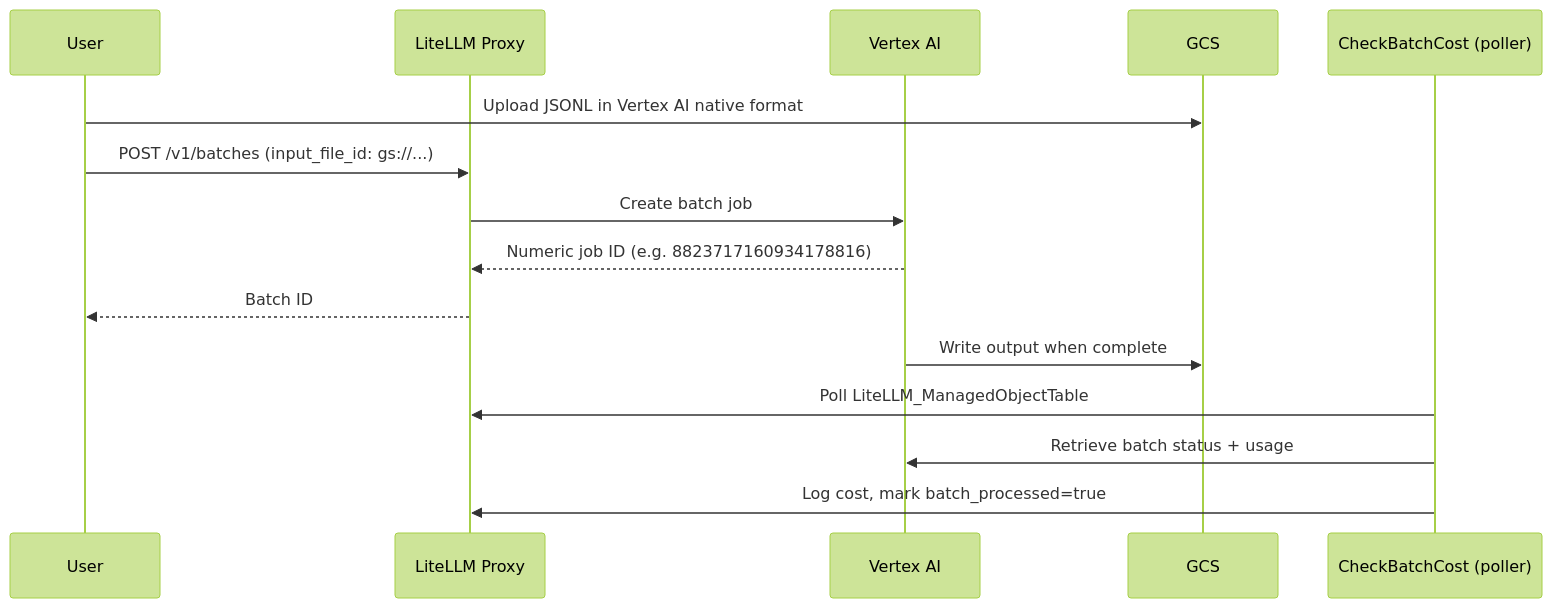
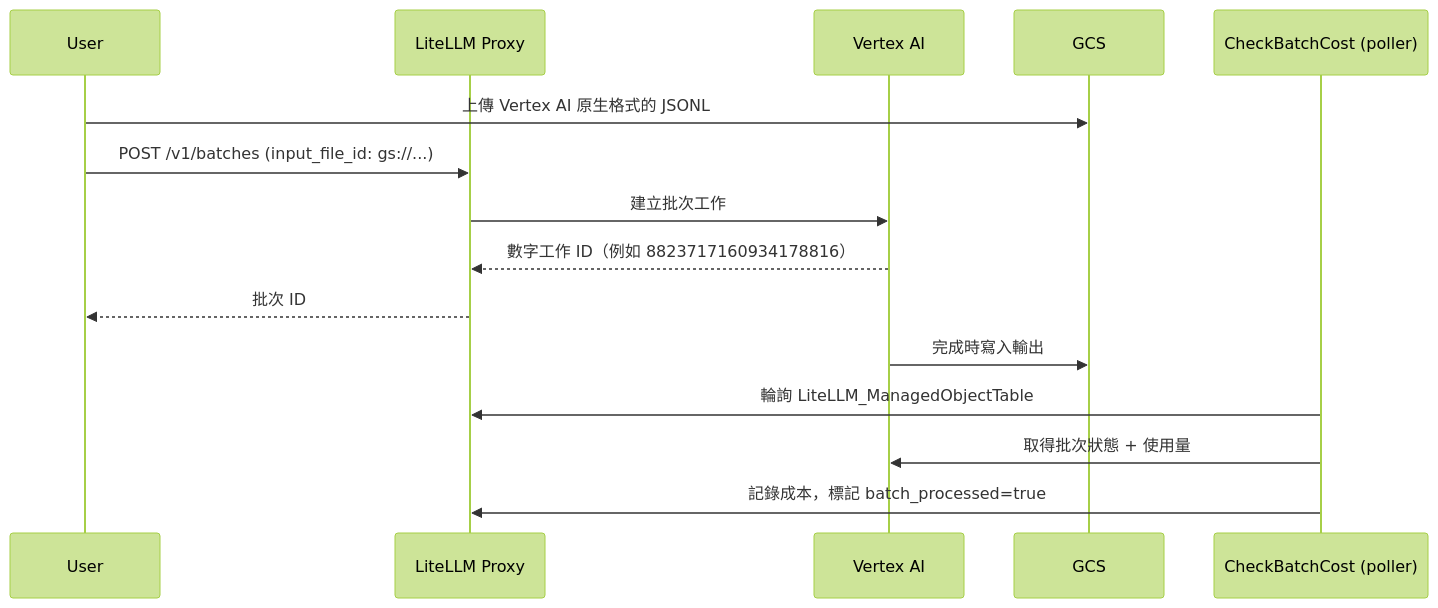
One commit to doggy8088/litellm-docs changed the diagram in docs/proxy/unmanaged_vertex_batches.md. Above: the diagram before and after it, drawn with Mermaid (forest theme). The commit also changed other lines of this file and 1957 other files, not shown here.

````diff
--- a/docs/proxy/unmanaged_vertex_batches.md
+++ b/docs/proxy/unmanaged_vertex_batches.md
@@ -13,18 +13,18 @@
 ```mermaid
 sequenceDiagram
     participant U as User
     participant P as LiteLLM Proxy
     participant V as Vertex AI
     participant G as GCS
     participant C as CheckBatchCost (poller)
 
-    U->>G: Upload JSONL in Vertex AI native format
+    U->>G: 上傳 Vertex AI 原生格式的 JSONL
     U->>P: POST /v1/batches (input_file_id: gs://...)
-    P->>V: Create batch job
-    V-->>P: Numeric job ID (e.g. 8823717160934178816)
-    P-->>U: Batch ID
-    V->>G: Write output when complete
-    C->>P: Poll LiteLLM_ManagedObjectTable
-    C->>V: Retrieve batch status + usage
-    C->>P: Log cost, mark batch_processed=true
+    P->>V: 建立批次工作
+    V-->>P: 數字工作 ID（例如 8823717160934178816）
+    P-->>U: 批次 ID
+    V->>G: 完成時寫入輸出
+    C->>P: 輪詢 LiteLLM_ManagedObjectTable
+    C->>V: 取得批次狀態 + 使用量
+    C->>P: 記錄成本，標記 batch_processed=true
 ```
````
